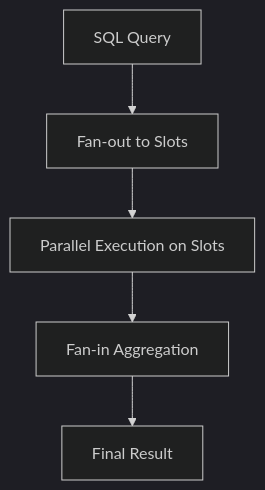
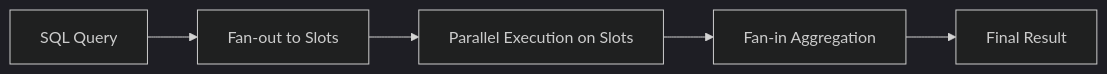
The third of 5 diagrams in GCP-interview.md (blaire101/DE2-AWS-Azure-GCP-2025), drawn with Mermaid (dark theme) before and after one commit. The commit also changed other lines of this file, not shown here.

````diff
--- a/GCP-interview.md
+++ b/GCP-interview.md
@@ -118,7 +118,7 @@
 ```mermaid
-flowchart TD
+flowchart LR
     A[SQL Query] --> B[Fan-out to Slots]
     B --> C[Parallel Execution on Slots]
     C --> D[Fan-in Aggregation]
     D --> E[Final Result]
 ```
````
